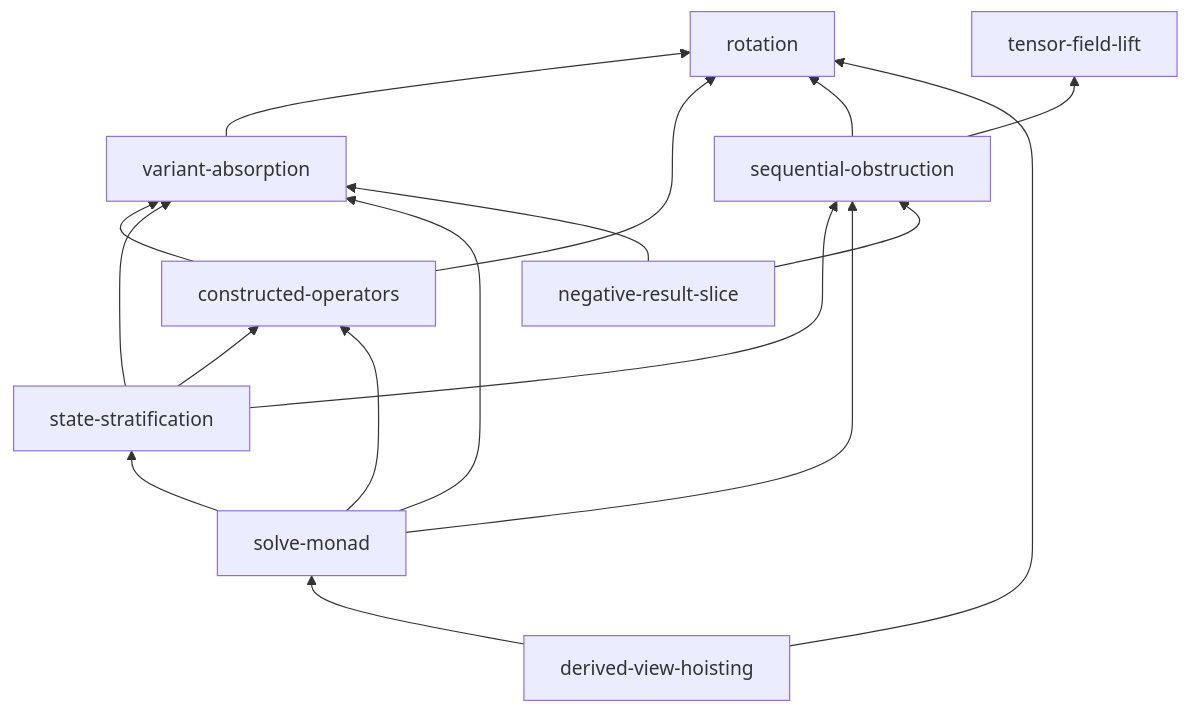
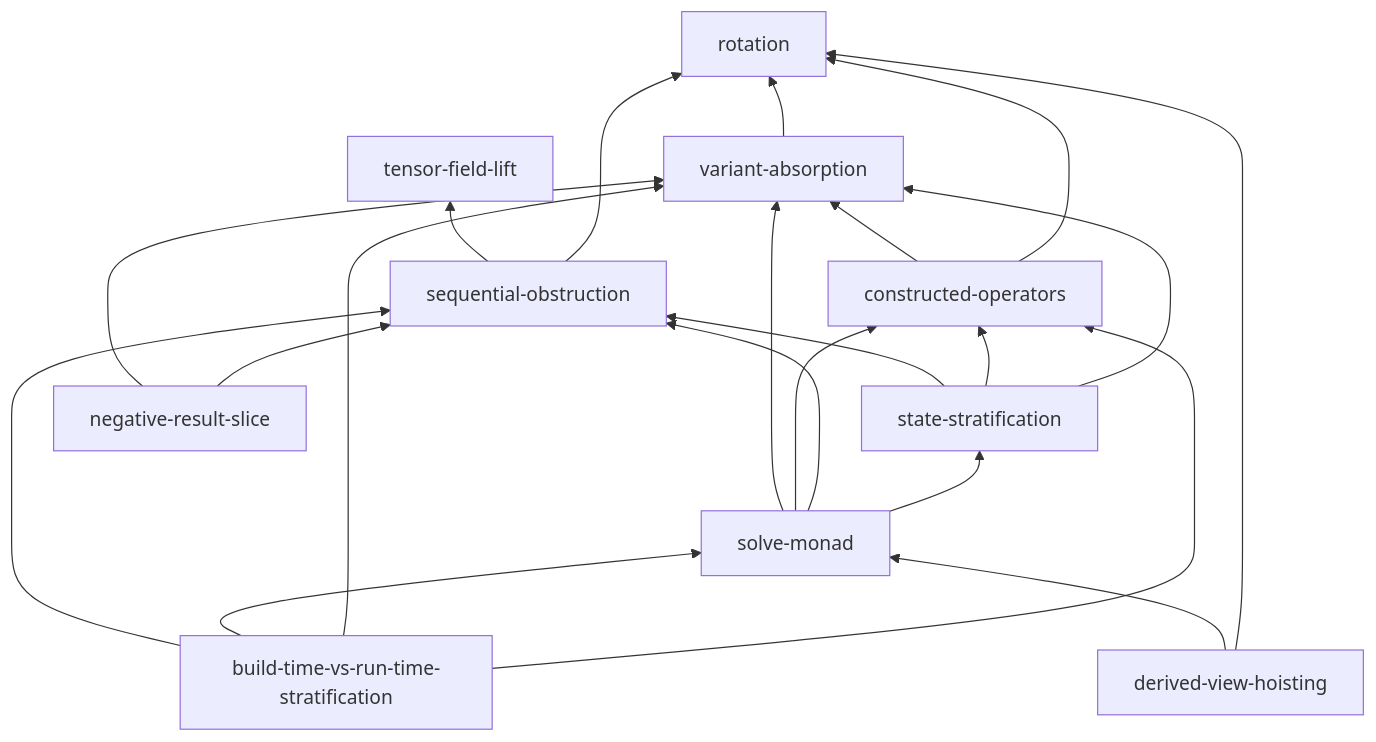
Before and after one commit to crutcher/palace_whiteroom: the first of 6 diagrams in book/src/concepts/dependency-map.md, drawn with Mermaid. The commit also changed other lines of this file and 9 other files, not shown here.

````diff
--- a/book/src/concepts/dependency-map.md
+++ b/book/src/concepts/dependency-map.md
@@ -24,19 +24,23 @@
 ```mermaid
 graph BT
   variant-absorption --> rotation
   constructed-operators --> rotation
   constructed-operators --> variant-absorption
   sequential-obstruction --> rotation
   sequential-obstruction --> tensor-field-lift
   state-stratification --> variant-absorption
   state-stratification --> constructed-operators
   state-stratification --> sequential-obstruction
   solve-monad --> state-stratification
   solve-monad --> sequential-obstruction
   solve-monad --> constructed-operators
   solve-monad --> variant-absorption
   derived-view-hoisting --> rotation
   derived-view-hoisting --> solve-monad
   negative-result-slice --> sequential-obstruction
   negative-result-slice --> variant-absorption
+  build-time-vs-run-time-stratification --> constructed-operators
+  build-time-vs-run-time-stratification --> variant-absorption
+  build-time-vs-run-time-stratification --> solve-monad
+  build-time-vs-run-time-stratification --> sequential-obstruction
 ```
````
